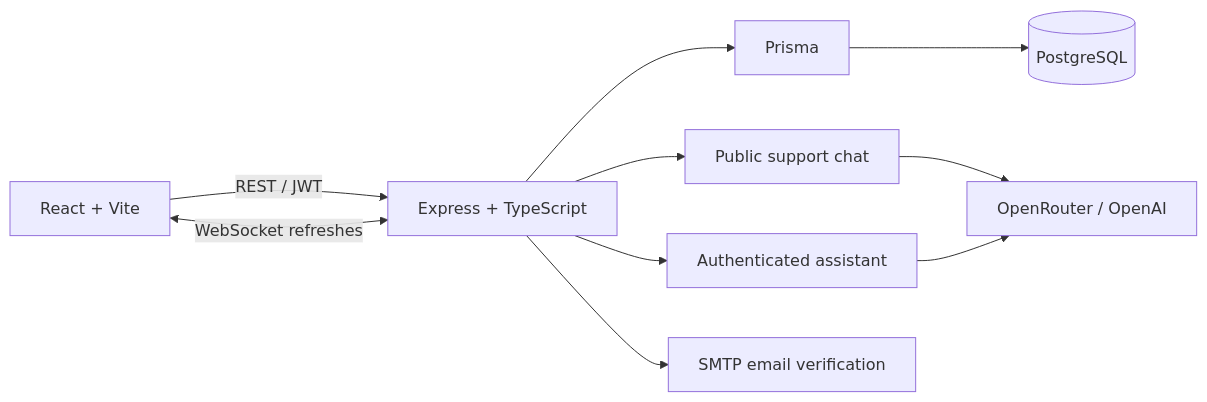
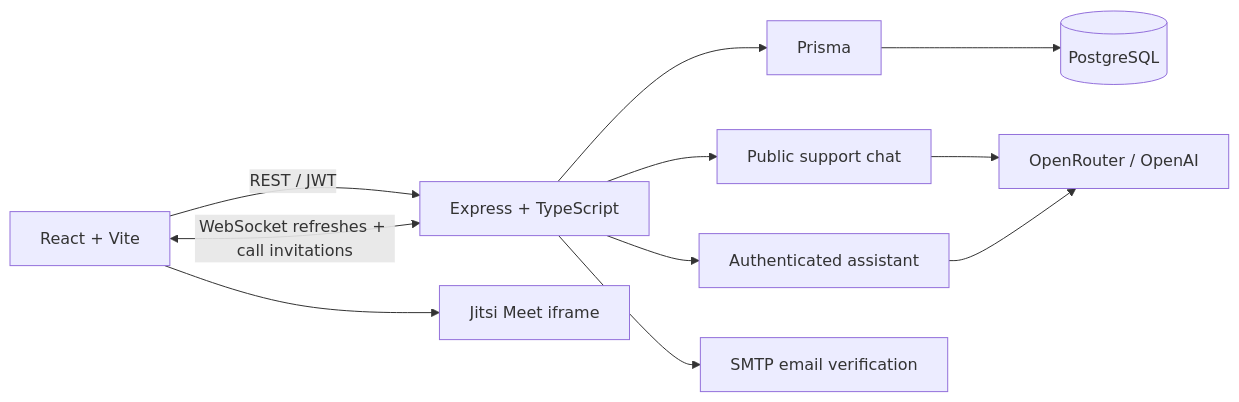
One commit to nofechbo/bank changed the diagram in README.md. Above: the diagram before and after it, drawn with Mermaid. The commit also changed other lines of this file and 15 other files, not shown here.

````diff
--- a/README.md
+++ b/README.md
@@ -30,12 +37,13 @@
 ```mermaid
 flowchart LR
   Browser[React + Vite] -->|REST / JWT| API[Express + TypeScript]
-  Browser <-->|WebSocket refreshes| API
+  Browser <-->|WebSocket refreshes + call invitations| API
   API --> Prisma[Prisma]
   Prisma --> Postgres[(PostgreSQL)]
   API --> PublicChat[Public support chat]
   API --> Assistant[Authenticated assistant]
   PublicChat --> LLM[OpenRouter / OpenAI]
   Assistant --> LLM
   API --> Mail[SMTP email verification]
+  Browser --> Jitsi[Jitsi Meet iframe]
 ```
````
